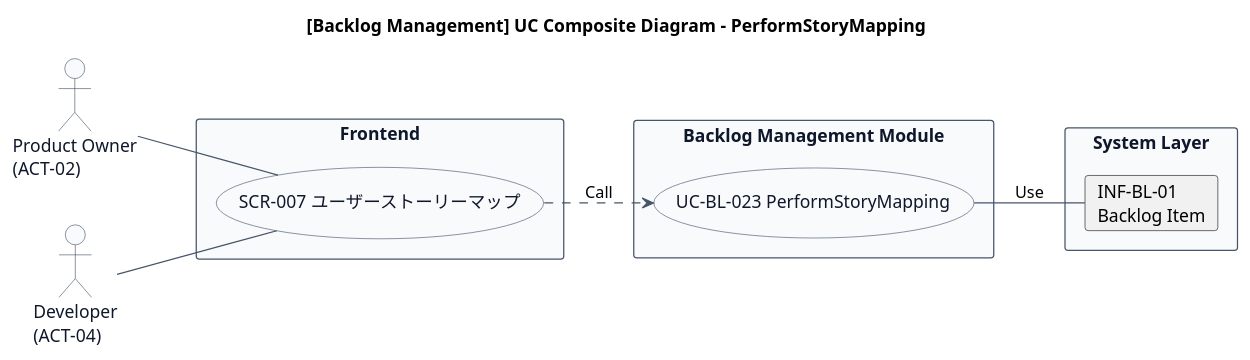
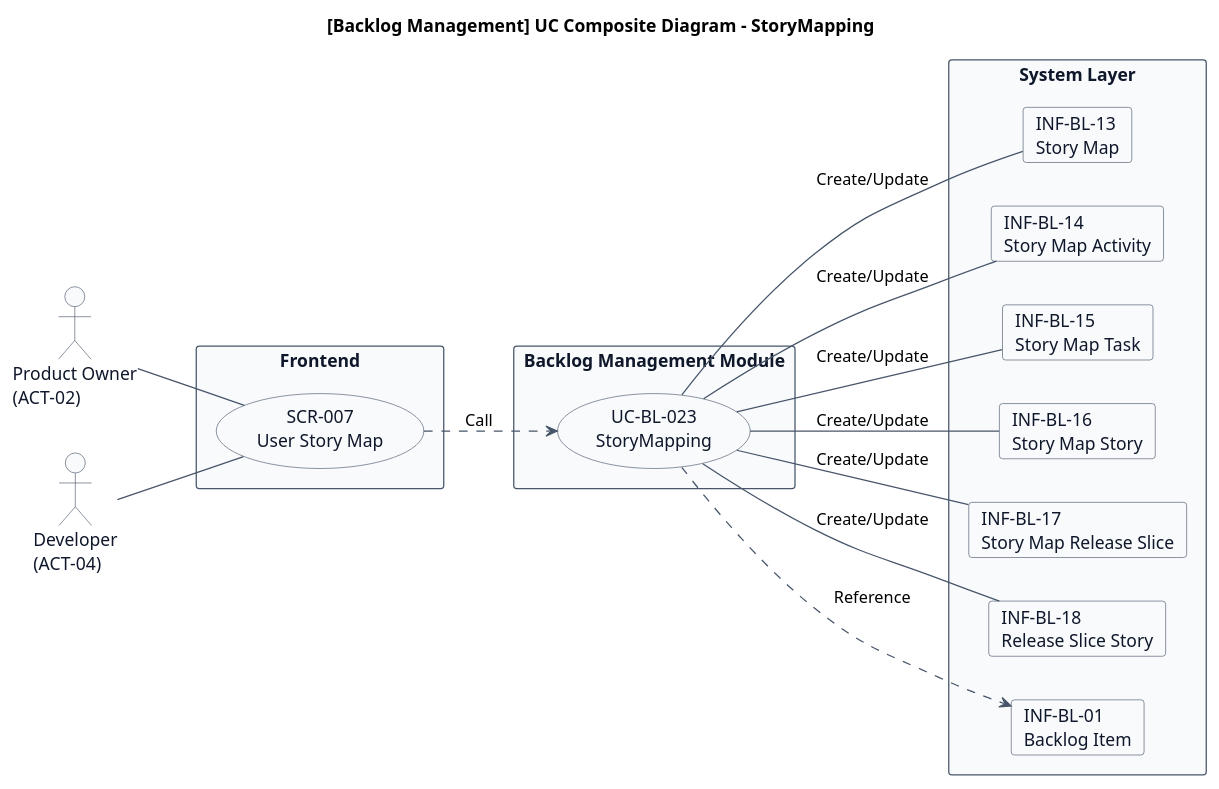
Before and after one commit to mizo432/modulith-learning: the first of 2 diagrams in docs/22 要件定義書/AG アジルーム/03 機能要件/AG-02 要求バックログ管理/03.システム境界/UC-BL-023 Story Mappingを行う/UC複合図.md, drawn with PlantUML. The commit also changed other lines of this file and 21 other files, not shown here.

First line of the commit message:
docs: Add Story Mapping ER and state machine diagrams for AG-02

````diff
--- a/docs/22 要件定義書/AG アジルーム/03 機能要件/AG-02 要求バックログ管理/03.システム境界/UC-BL-023 Story Mappingを行う/UC複合図.md
+++ b/docs/22 要件定義書/AG アジルーム/03 機能要件/AG-02 要求バックログ管理/03.システム境界/UC-BL-023 Story Mappingを行う/UC複合図.md
@@ -12,43 +12,60 @@
 ```plantuml
-title [Backlog Management] UC Composite Diagram - PerformStoryMapping
+title [Backlog Management] UC Composite Diagram - StoryMapping
 left to right direction
 
 skinparam usecase {
   BackgroundColor #F8FAFC
   BorderColor #475569
   FontColor #0F172A
 }
 skinparam actor {
   BackgroundColor #F8FAFC
   BorderColor #475569
   FontColor #0F172A
 }
 skinparam rectangle {
   BackgroundColor #F8FAFC
   BorderColor #475569
   FontColor #0F172A
 }
+skinparam card {
+  BackgroundColor #F8FAFC
+  BorderColor #475569
+  FontColor #0F172A
+}
 skinparam arrowColor #475569
 skinparam shadowing false
 
 actor "Product Owner\n(ACT-02)" as ACT1
 actor "Developer\n(ACT-04)" as ACT2
 
 rectangle "Frontend" {
-  usecase "SCR-007 ユーザーストーリーマップ" as SCR
+  usecase "SCR-007\nUser Story Map" as SCR
 }
 
 rectangle "Backlog Management Module" {
-  usecase "UC-BL-023 PerformStoryMapping" as UC
+  usecase "UC-BL-023\nStoryMapping" as UC
 }
 
 rectangle "System Layer" {
+  card "INF-BL-13\nStory Map" as INF13
+  card "INF-BL-14\nStory Map Activity" as INF14
+  card "INF-BL-15\nStory Map Task" as INF15
+  card "INF-BL-16\nStory Map Story" as INF16
+  card "INF-BL-17\nStory Map Release Slice" as INF17
+  card "INF-BL-18\nRelease Slice Story" as INF18
   card "INF-BL-01\nBacklog Item" as INF01
 }
 
 ACT1 -- SCR
 ACT2 -- SCR
 SCR ..> UC : Call
-UC -- INF01 : Use
+UC -- INF13 : Create/Update
+UC -- INF14 : Create/Update
+UC -- INF15 : Create/Update
+UC -- INF16 : Create/Update
+UC -- INF17 : Create/Update
+UC -- INF18 : Create/Update
+UC ..> INF01 : Reference
 @enduml
 ```
````
